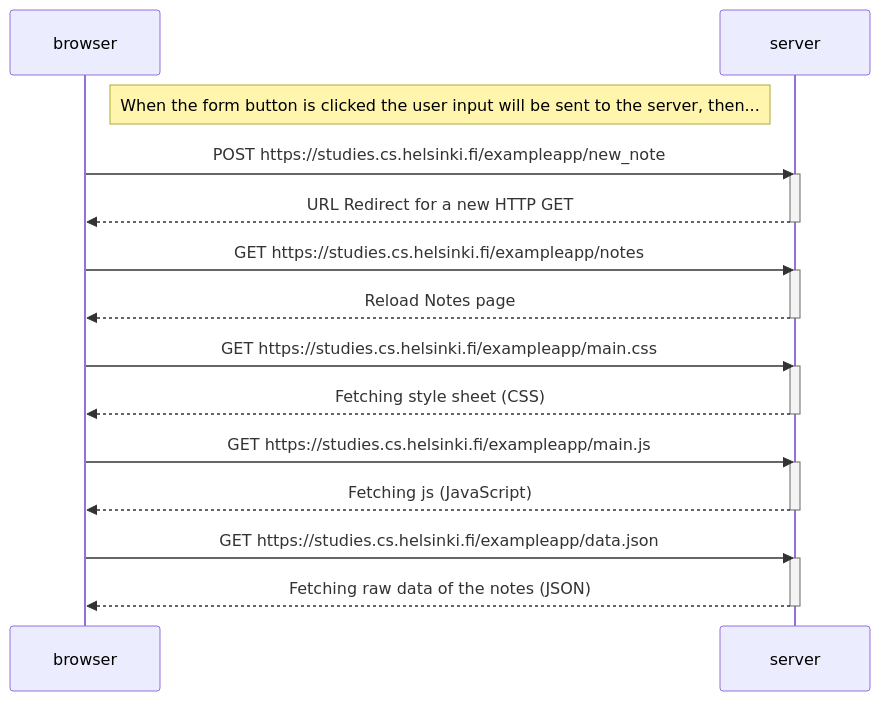
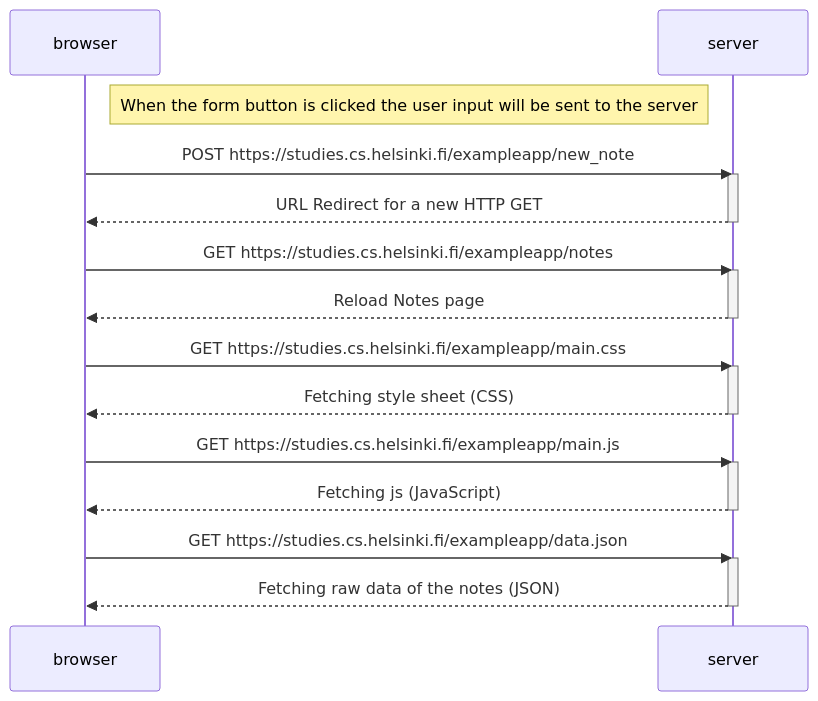
One commit to GorgeThePotato/fullstackopen changed the diagram in part0/04_NewNoteDiagram.MD. Above: the diagram before and after it, drawn with Mermaid.

Commit message:
04 Diagram

````diff
--- a/part0/04_NewNoteDiagram.MD
+++ b/part0/04_NewNoteDiagram.MD
@@ -1,34 +1,34 @@
 ```mermaid
 sequenceDiagram
 
     participant browser
     participant server
 
-    Note right of browser: When the form button is clicked the user input will be sent to the server, then...
+    Note right of browser: When the form button is clicked the user input will be sent to the server
 
     browser->>server: POST https://studies.cs.helsinki.fi/exampleapp/new_note
     activate server
     server-->>browser: URL Redirect for a new HTTP GET
     deactivate server
 
     browser->>server: GET https://studies.cs.helsinki.fi/exampleapp/notes
     activate server
     server-->>browser: Reload Notes page
     deactivate server
 
     browser->>server: GET https://studies.cs.helsinki.fi/exampleapp/main.css
     activate server
     server-->>browser: Fetching style sheet (CSS)
     deactivate server
 
     browser->>server: GET https://studies.cs.helsinki.fi/exampleapp/main.js
     activate server
     server-->>browser: Fetching js (JavaScript)
     deactivate server
 
     browser->>server: GET https://studies.cs.helsinki.fi/exampleapp/data.json
     activate server
     server-->>browser: Fetching raw data of the notes (JSON)
     deactivate server
 
 ```
````
